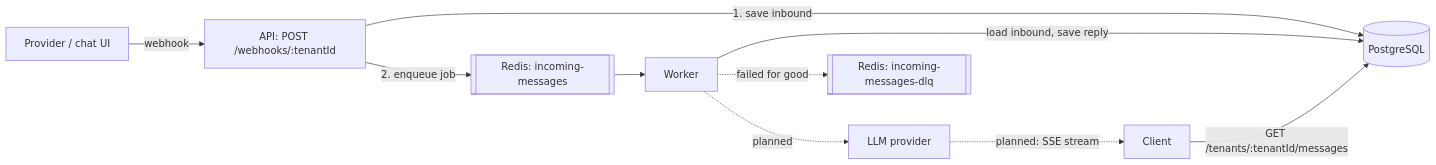
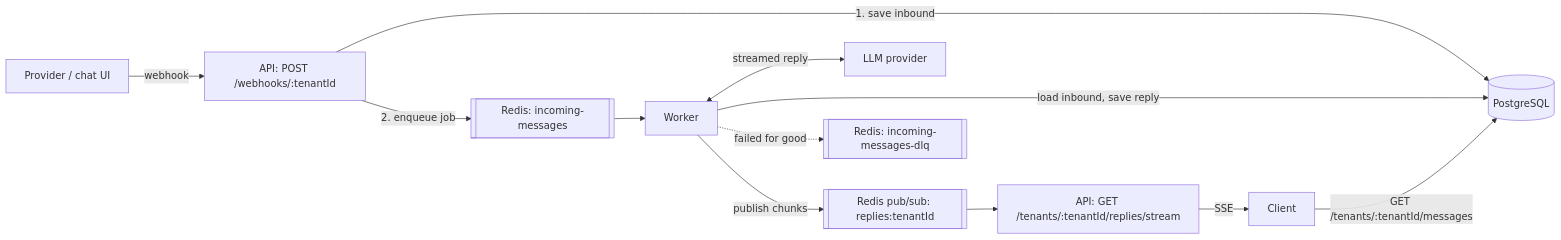
The diagram in README.md (Carlessso/multitenant-messaging-hub), drawn with Mermaid before and after one commit. The commit also changed other lines of this file and 1 other file, not shown here.

Commit message:
docs: document LLM replies, timeouts and SSE streaming

````diff
--- a/README.md
+++ b/README.md
@@ -36,12 +40,14 @@
 ```mermaid
 flowchart LR
     P[Provider / chat UI] -->|webhook| W[API: POST /webhooks/:tenantId]
     W -->|1. save inbound| DB[(PostgreSQL)]
     W -->|2. enqueue job| Q[[Redis: incoming-messages]]
     Q --> K[Worker]
+    K <-->|streamed reply| L[LLM provider]
     K -->|load inbound, save reply| DB
     K -.->|failed for good| D[[Redis: incoming-messages-dlq]]
-    C[Client] -->|GET /tenants/:tenantId/messages| DB
-    K -.->|planned| L[LLM provider]
-    L -.->|planned: SSE stream| C
+    K -->|publish chunks| PS[[Redis pub/sub: replies:tenantId]]
+    PS --> S[API: GET /tenants/:tenantId/replies/stream]
+    S -->|SSE| C[Client]
+    C -->|GET /tenants/:tenantId/messages| DB
 ```
````
